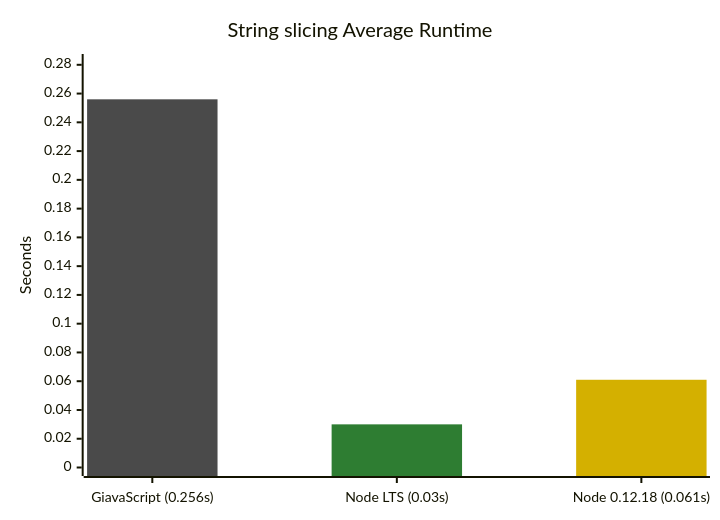
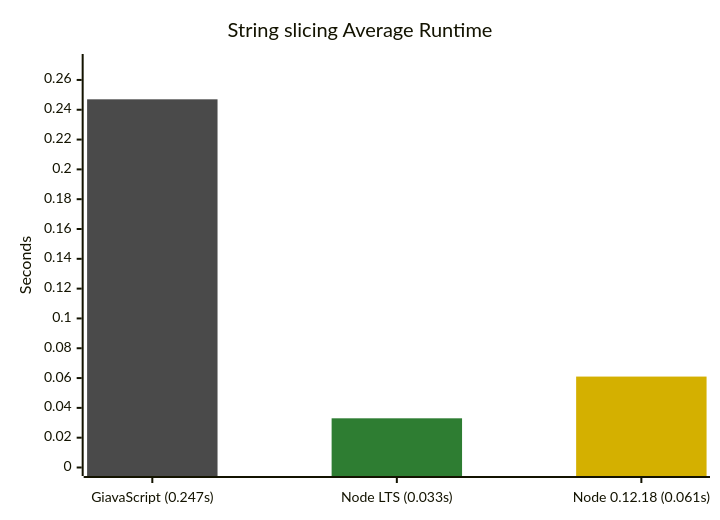
One commit to GiavaScript/GiavaScript changed the fourth of 5 diagrams in README.md. Above: the diagram before and after it, drawn with Mermaid. The commit also changed other lines of this file and 1 other file, not shown here.

````diff
--- a/README.md
+++ b/README.md
@@ -110,10 +115,10 @@
 ```mermaid
 %%{init: {"themeVariables": {"xyChart": {"plotColorPalette": "#4a4a4a, #2e7d32, #d4b000"}}}}%%
 xychart-beta
     title "String slicing Average Runtime"
-    x-axis ["GiavaScript (0.256s)", "Node LTS (0.03s)", "Node 0.12.18 (0.061s)"]
-    y-axis "Seconds" 0 --> 0.2816
-    bar [0.256, -1, -1]
-    bar [-1, 0.03, -1]
+    x-axis ["GiavaScript (0.247s)", "Node LTS (0.033s)", "Node 0.12.18 (0.061s)"]
+    y-axis "Seconds" 0 --> 0.2717
+    bar [0.247, -1, -1]
+    bar [-1, 0.033, -1]
     bar [-1, -1, 0.061]
 ```
````
